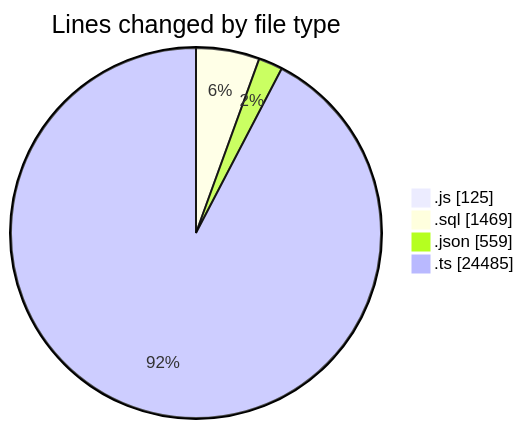
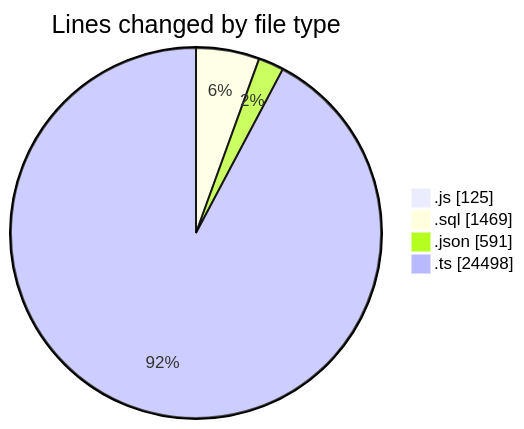
The first of 2 diagrams in 2026-05-20/cda/README.md (momahboobian/code-tracking), drawn with Mermaid before and after one commit. The commit also changed other lines of this file and 1 other file, not shown here.

````diff
--- a/2026-05-20/cda/README.md
+++ b/2026-05-20/cda/README.md
@@ -37,8 +37,8 @@
 ```mermaid
 pie showData
 title Lines changed by file type
 ".js" : 125
 ".sql" : 1469
-".json" : 559
-".ts" : 24485
+".json" : 591
+".ts" : 24498
 ```
````
